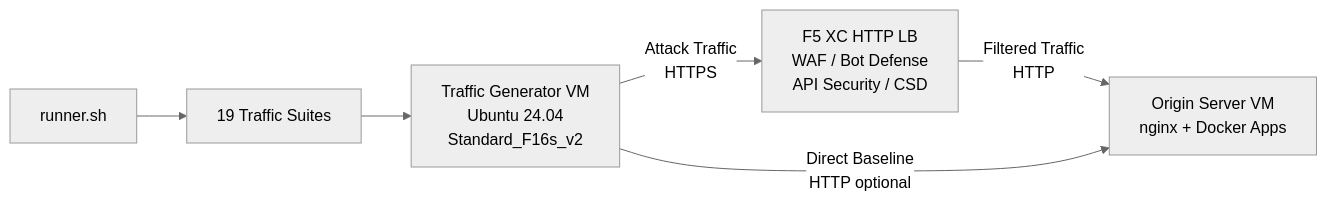
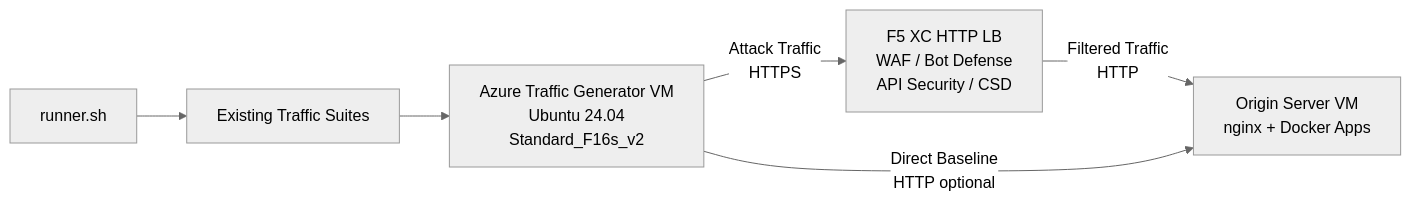
One commit to f5-sales-demo/traffic-generator changed the first of 2 diagrams in docs/en/01-architecture.mdx. Above: the diagram before and after it, drawn with Mermaid (neutral theme). The commit also changed other lines of this file and 43 other files, not shown here.

Commit message:
feat: add AWS CSD traffic generator (#670)

````diff
--- a/docs/en/01-architecture.mdx
+++ b/docs/en/01-architecture.mdx
@@ -22,8 +31,8 @@
 ```mermaid
 graph LR
-    TG[Traffic Generator VM<br/>Ubuntu 24.04<br/>Standard_F16s_v2] -->|Attack Traffic<br/>HTTPS| XCHLB[F5 XC HTTP LB<br/>WAF / Bot Defense<br/>API Security / CSD]
+    TG[Azure Traffic Generator VM<br/>Ubuntu 24.04<br/>Standard_F16s_v2] -->|Attack Traffic<br/>HTTPS| XCHLB[F5 XC HTTP LB<br/>WAF / Bot Defense<br/>API Security / CSD]
     XCHLB -->|Filtered Traffic<br/>HTTP| ORIGIN[Origin Server VM<br/>nginx + Docker Apps]
     TG -->|Direct Baseline<br/>HTTP optional| ORIGIN
-    RUNNER[runner.sh] --> SUITES[19 Traffic Suites]
+    RUNNER[runner.sh] --> SUITES[Existing Traffic Suites]
     SUITES --> TG
 ```
````
